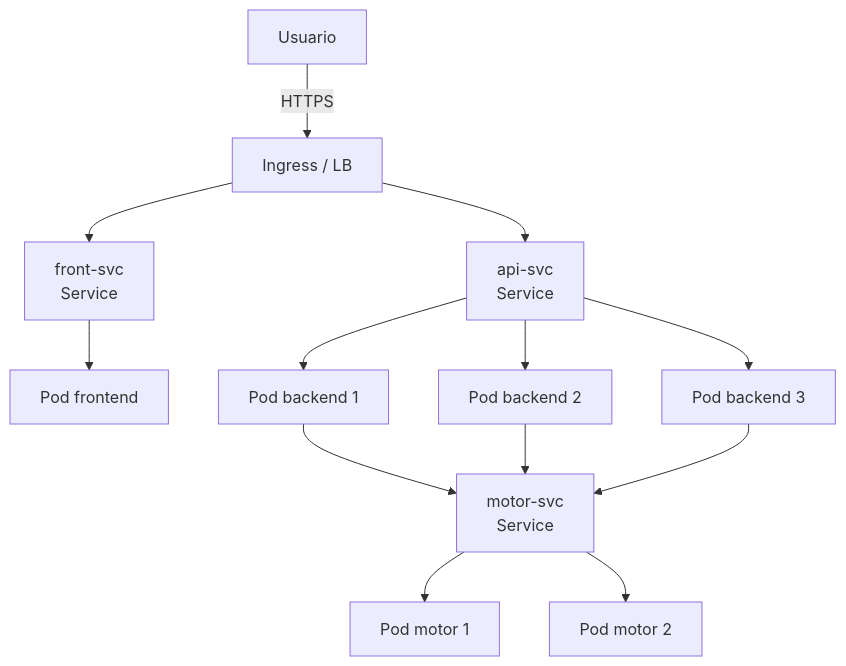
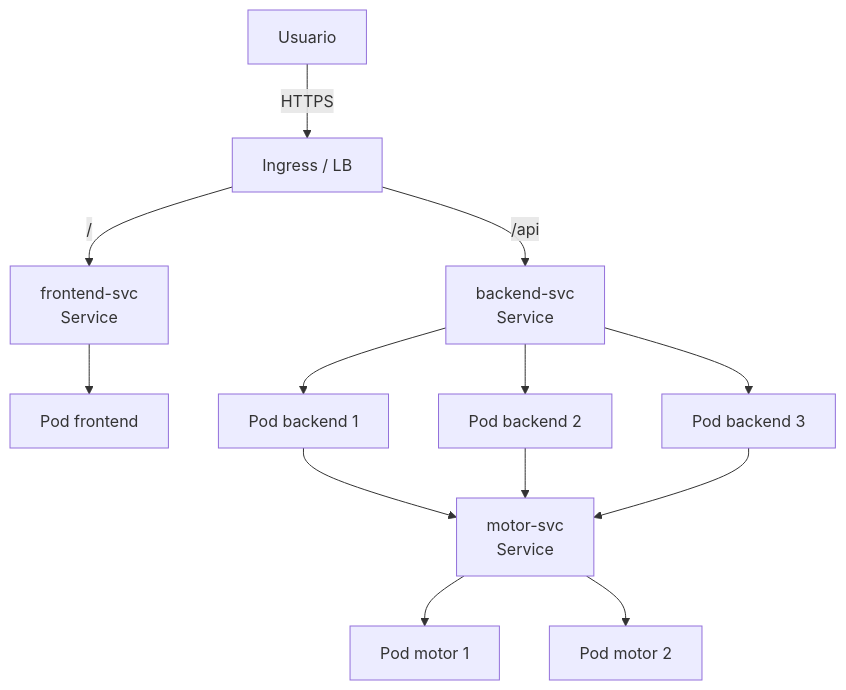
One commit to BigBelial/Paralelas-AI-Final changed the diagram in docs/05-despliegue-nube.md. Above: the diagram before and after it, drawn with Mermaid. The commit also changed other lines of this file and 21 other files, not shown here.

````diff
--- a/docs/05-despliegue-nube.md
+++ b/docs/05-despliegue-nube.md
@@ -24,15 +42,15 @@
 ```mermaid
 flowchart TB
     user[Usuario] -->|HTTPS| ingress[Ingress / LB]
-    ingress --> frontSvc[front-svc<br/>Service]
-    ingress --> apiSvc[api-svc<br/>Service]
+    ingress -->|/| frontSvc[frontend-svc<br/>Service]
+    ingress -->|/api| apiSvc[backend-svc<br/>Service]
     frontSvc --> frontPod[Pod frontend]
     apiSvc --> apiPod1[Pod backend 1]
     apiSvc --> apiPod2[Pod backend 2]
     apiSvc --> apiPod3[Pod backend 3]
     apiPod1 --> motorSvc[motor-svc<br/>Service]
     apiPod2 --> motorSvc
     apiPod3 --> motorSvc
     motorSvc --> motorPod1[Pod motor 1]
     motorSvc --> motorPod2[Pod motor 2]
 ```
````
